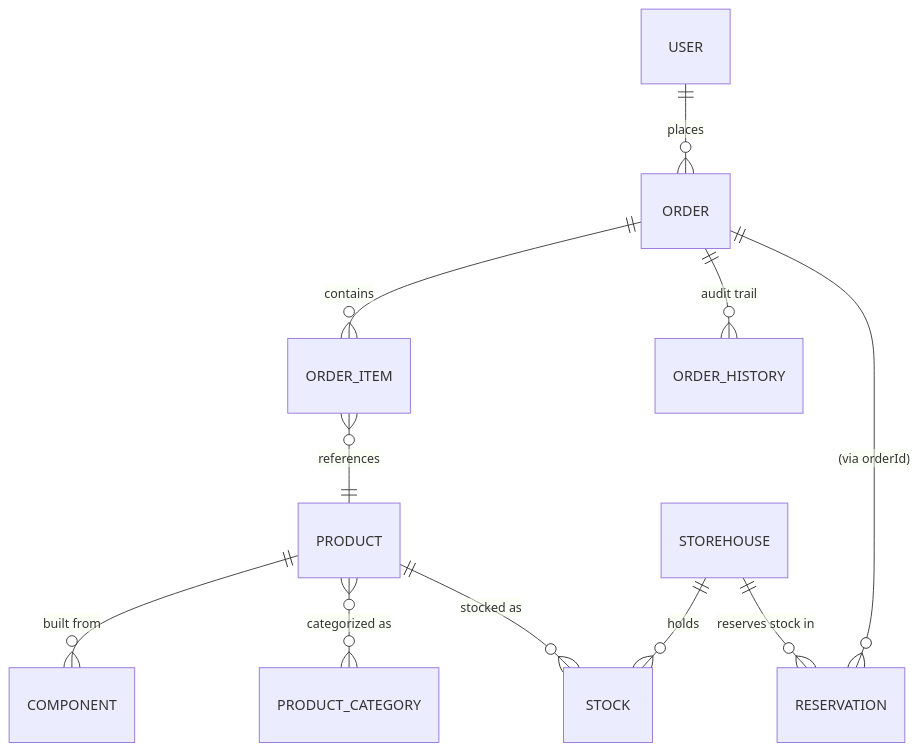
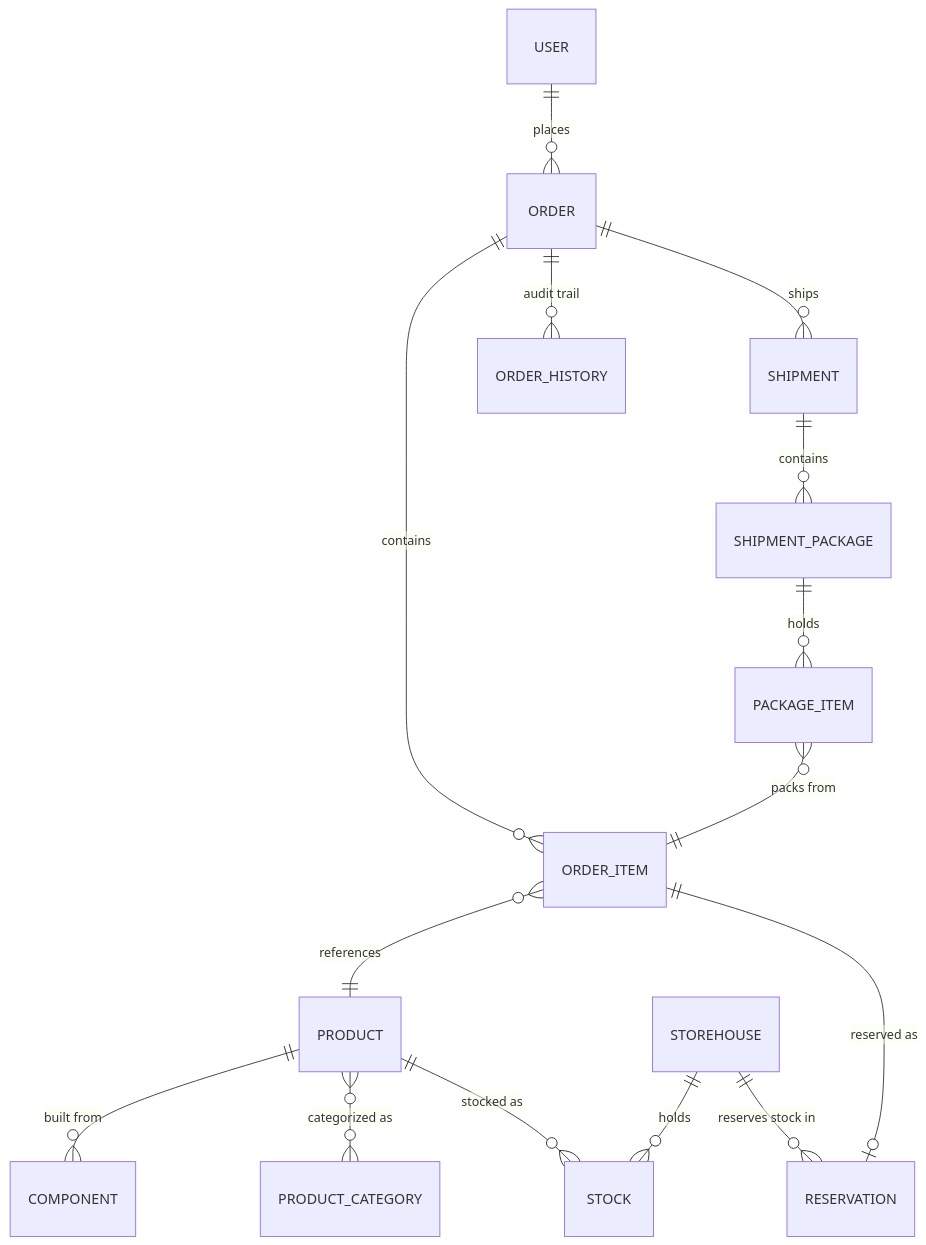
The fourth of 4 diagrams in README.md (waldifubu/scm-temporal), drawn with Mermaid before and after one commit. The commit also changed other lines of this file and 46 other files, not shown here.

````diff
--- a/README.md
+++ b/README.md
@@ -309,13 +394,17 @@
 ```mermaid
 erDiagram
     USER ||--o{ ORDER : places
     ORDER ||--o{ ORDER_ITEM : contains
     ORDER ||--o{ ORDER_HISTORY : "audit trail"
     ORDER_ITEM }o--|| PRODUCT : references
+    ORDER_ITEM ||--o| RESERVATION : "reserved as"
     PRODUCT ||--o{ COMPONENT : "built from"
     PRODUCT }o--o{ PRODUCT_CATEGORY : "categorized as"
     PRODUCT ||--o{ STOCK : "stocked as"
     STOREHOUSE ||--o{ STOCK : holds
     STOREHOUSE ||--o{ RESERVATION : "reserves stock in"
-    ORDER ||--o{ RESERVATION : "(via orderId)"
+    ORDER ||--o{ SHIPMENT : ships
+    SHIPMENT ||--o{ SHIPMENT_PACKAGE : contains
+    SHIPMENT_PACKAGE ||--o{ PACKAGE_ITEM : holds
+    PACKAGE_ITEM }o--|| ORDER_ITEM : "packs from"
 ```
````
